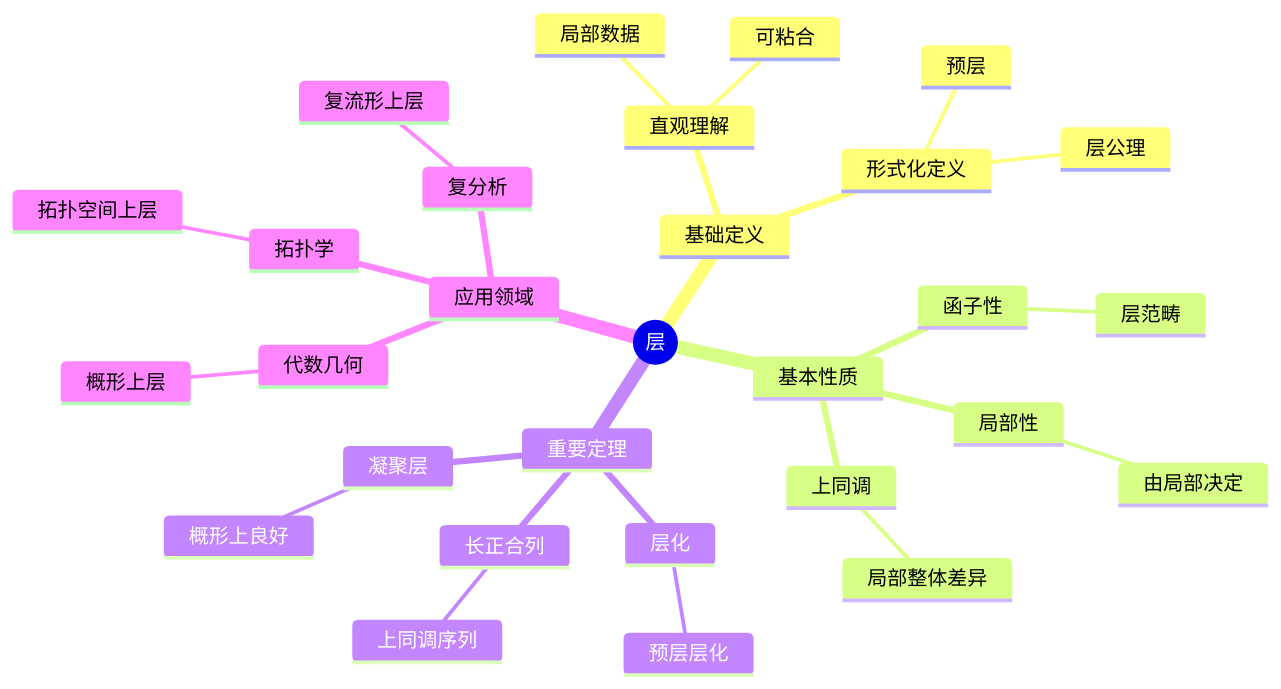
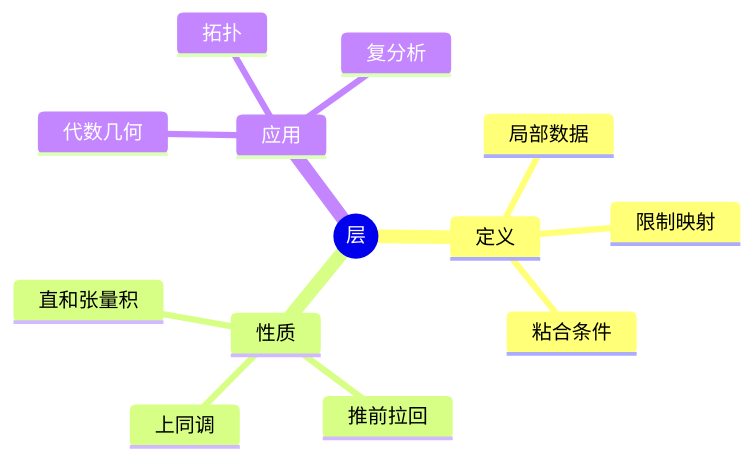
Before and after one commit to AdaMartin18010/FormalMath: the first of 11 diagrams in concept/核心概念/22-层.md, drawn with Mermaid. The commit also changed other lines of this file and 4793 other files, not shown here.

````diff
--- a/concept/核心概念/22-层.md
+++ b/concept/核心概念/22-层.md
@@ -487,32 +1125,16 @@
 ```mermaid
 mindmap
   root((层))
-    基础定义
-      直观理解
-        局部数据
-        可粘合
-      形式化定义
-        预层
-        层公理
-    基本性质
-      局部性
-        由局部决定
-      函子性
-        层范畴
+    定义
+      局部数据
+      限制映射
+      粘合条件
+    性质
       上同调
-        局部整体差异
-    重要定理
-      层化
-        预层层化
-      长正合列
-        上同调序列
-      凝聚层
-        概形上良好
-    应用领域
+      推前拉回
+      直和张量积
+    应用
       代数几何
-        概形上层
-      拓扑学
-        拓扑空间上层
+      拓扑
       复分析
-        复流形上层
 ```
````
